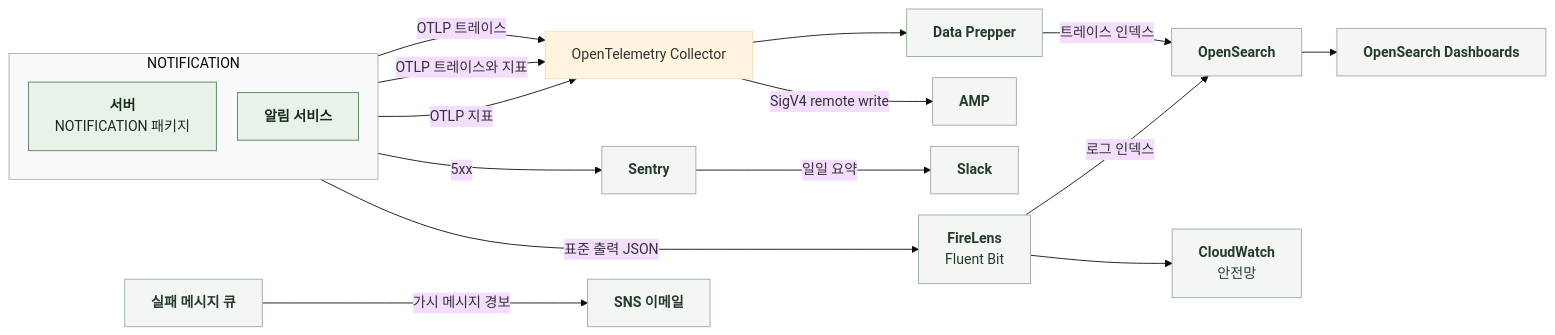
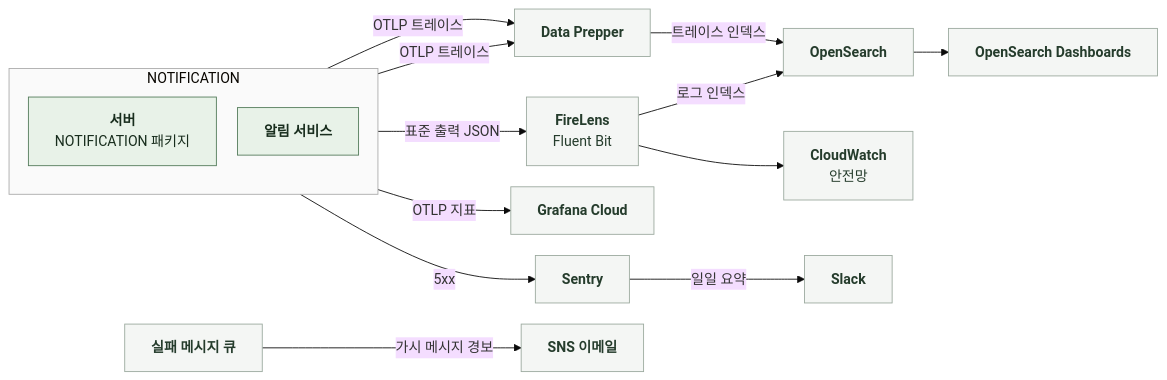
One commit to KIM-N-KANG/knk-harness changed the diagram in docs/domain/NOTIFICATION/BACKEND/5-4-OBSERVABILITY.md. Above: the diagram before and after it, drawn with Mermaid (base theme). The commit also changed other lines of this file and 11 other files, not shown here.

````diff
--- a/docs/domain/NOTIFICATION/BACKEND/5-4-OBSERVABILITY.md
+++ b/docs/domain/NOTIFICATION/BACKEND/5-4-OBSERVABILITY.md
@@ -11,30 +11,28 @@
 ```mermaid
 %%{init: {"flowchart": {"curve": "basis", "nodeSpacing": 24, "rankSpacing": 40}}}%%
 flowchart LR
     subgraph U["NOTIFICATION"]
         direction TB
         S["`**서버**
 NOTIFICATION 패키지`"]
         N["`**알림 서비스**`"]
     end
     U -->|표준 출력 JSON| F["`**FireLens**
 Fluent Bit`"]
     F -->|로그 인덱스| OS["`**OpenSearch**`"]
     F --> CW["`**CloudWatch**
 안전망`"]
-    S -->|OTLP 트레이스| C["OpenTelemetry Collector"]
-    C --> DP["`**Data Prepper**`"]
-    N -->|OTLP 트레이스와 지표| C
+    S -->|OTLP 트레이스| DP["`**Data Prepper**`"]
+    N -->|OTLP 트레이스| DP
     DP -->|트레이스 인덱스| OS
     OS --> OD["`**OpenSearch Dashboards**`"]
-    S -->|OTLP 지표| C
-    C -->|SigV4 remote write| G["`**AMP**`"]
+    S -->|OTLP 지표| G["`**Grafana Cloud**`"]
     S -->|5xx| SE["`**Sentry**`"]
     SE -->|일일 요약| SL["`**Slack**`"]
     Q["`**실패 메시지 큐**`"] -->|가시 메시지 경보| SNS["`**SNS 이메일**`"]
     classDef comp fill:#E8F2E8,stroke:#527A59,color:#182D1D
     classDef ext fill:#F4F6F4,stroke:#9BA99E,color:#253C2C
     class S,N comp
     class F,OS,CW,DP,OD,G,SE,SL,Q,SNS ext
     style U fill:#FAFAFA,stroke:#AAAAAA
 ```
````
